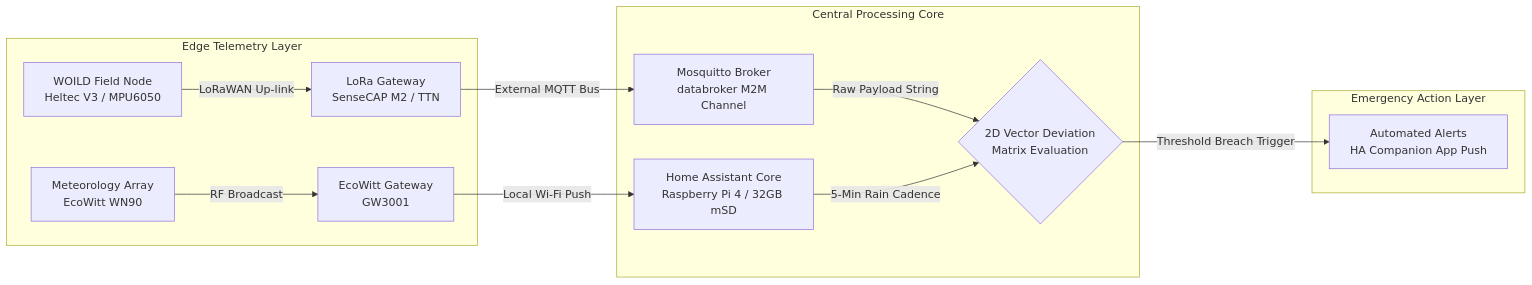
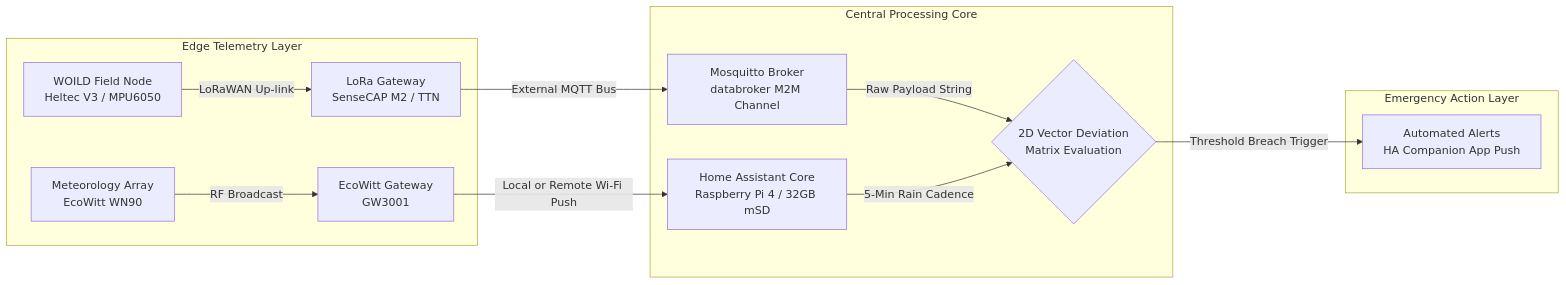
One commit to wint0178/Modular-Open-Source-Science-Station changed the diagram in software/Home-Assistant/Runtime-Configuration/README.md. Above: the diagram before and after it, drawn with Mermaid. The commit also changed other lines of this file and 1 other file, not shown here.

````diff
--- a/software/Home-Assistant/Runtime-Configuration/README.md
+++ b/software/Home-Assistant/Runtime-Configuration/README.md
@@ -24,20 +24,20 @@
 ```mermaid
 graph LR
     %% Define Layout and Node Connections
     subgraph Edge Telemetry Layer
         NodeA[WOILD Field Node<br>Heltec V3 / MPU6050] -->|LoRaWAN Up-link| NodeB[LoRa Gateway<br>SenseCAP M2 / TTN]
         NodeC[Meteorology Array<br>EcoWitt WN90] -->|RF Broadcast| NodeD[EcoWitt Gateway<br>GW3001]
     end
 
     subgraph Central Processing Core
         NodeB -->|External MQTT Bus| NodeE[Mosquitto Broker<br>databroker M2M Channel]
-        NodeD -->|Local Wi-Fi Push| NodeF[Home Assistant Core<br>Raspberry Pi 4 / 32GB mSD]
+        NodeD -->|Local or Remote Wi-Fi Push| NodeF[Home Assistant Core<br>Raspberry Pi 4 / 32GB mSD]
         
         NodeE -->|Raw Payload String| NodeG{2D Vector Deviation<br>Matrix Evaluation}
         NodeF -->|5-Min Rain Cadence| NodeG
     end
 
     subgraph Emergency Action Layer
         NodeG -->|Threshold Breach Trigger| NodeH[Automated Alerts<br>HA Companion App Push]
     end
 ```
````
